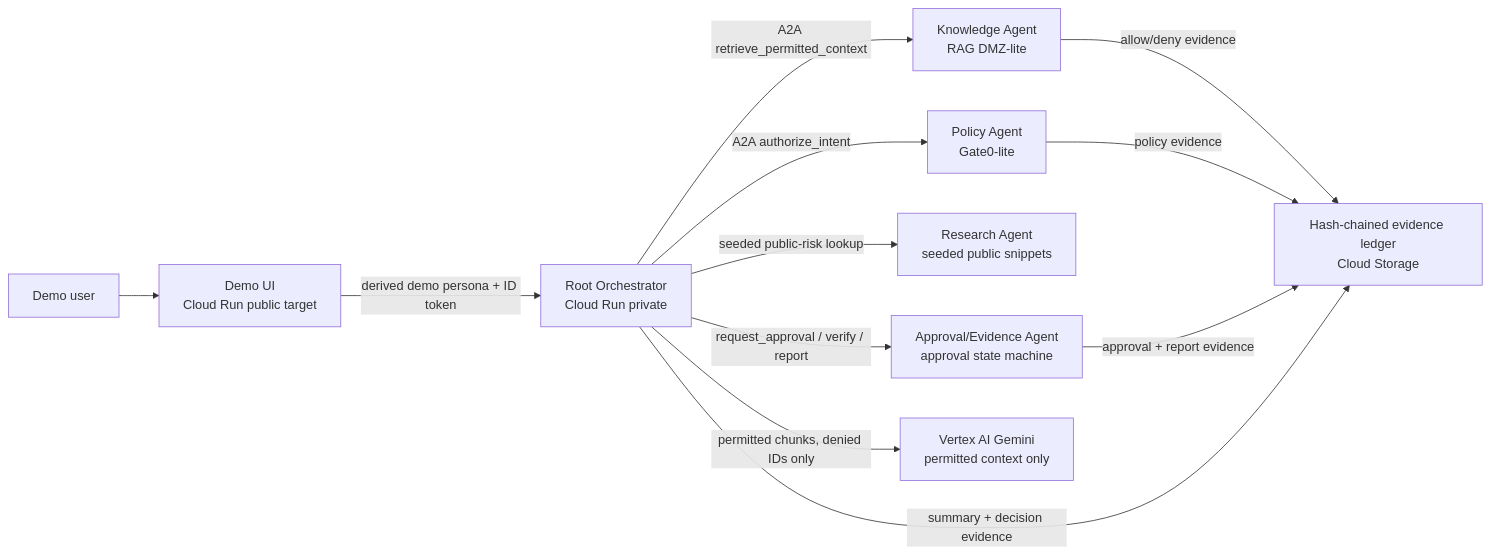
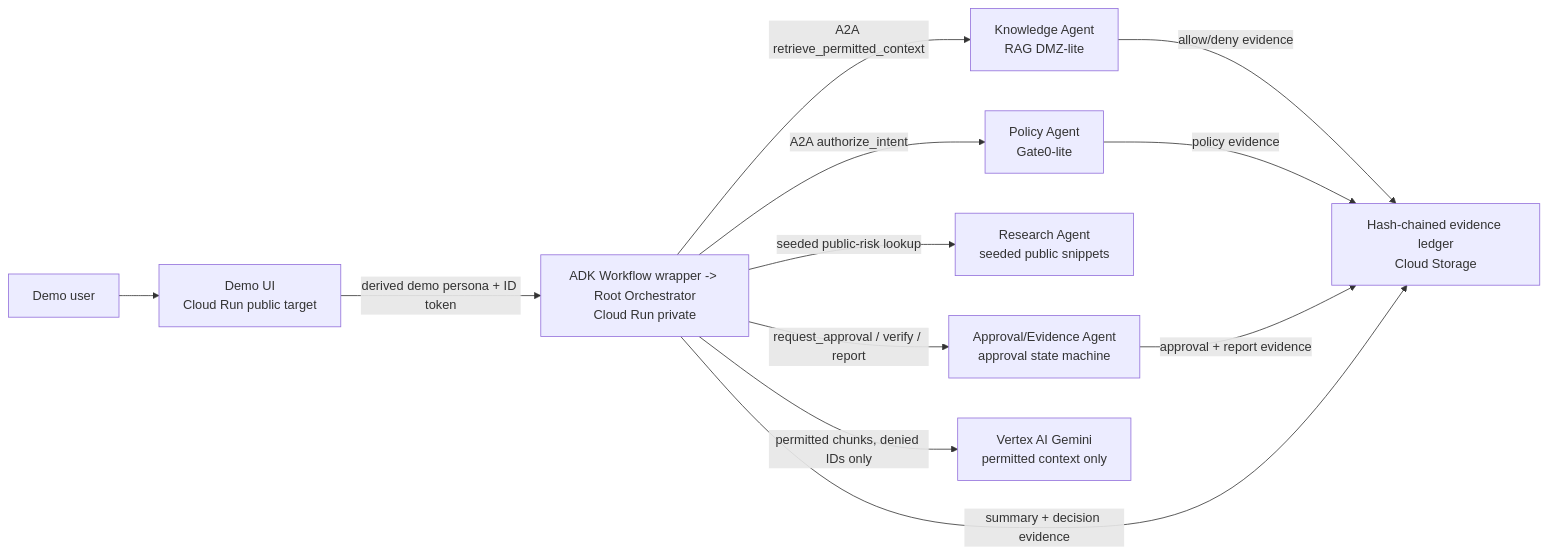
Before and after one commit to Akretic/akretic-a2a-trust-gateway: the diagram in docs/architecture.md, drawn with Mermaid. The commit also changed other lines of this file and 71 other files, not shown here.

````diff
--- a/docs/architecture.md
+++ b/docs/architecture.md
@@ -3,24 +3,24 @@
 ```mermaid
 flowchart LR
   user["Demo user"]
   ui["Demo UI<br/>Cloud Run public target"]
-  root["Root Orchestrator<br/>Cloud Run private"]
+  root["ADK Workflow wrapper -> Root Orchestrator<br/>Cloud Run private"]
   gate["Policy Agent<br/>Gate0-lite"]
   rag["Knowledge Agent<br/>RAG DMZ-lite"]
   research["Research Agent<br/>seeded public snippets"]
   approval["Approval/Evidence Agent<br/>approval state machine"]
   ledger["Hash-chained evidence ledger<br/>Cloud Storage"]
   gemini["Vertex AI Gemini<br/>permitted context only"]
 
   user --> ui
   ui -->|"derived demo persona + ID token"| root
   root -->|"A2A authorize_intent"| gate
   root -->|"A2A retrieve_permitted_context"| rag
   root -->|"seeded public-risk lookup"| research
   root -->|"request_approval / verify / report"| approval
   rag -->|"allow/deny evidence"| ledger
   gate -->|"policy evidence"| ledger
   approval -->|"approval + report evidence"| ledger
   root -->|"permitted chunks, denied IDs only"| gemini
   root -->|"summary + decision evidence"| ledger
 ```
````
